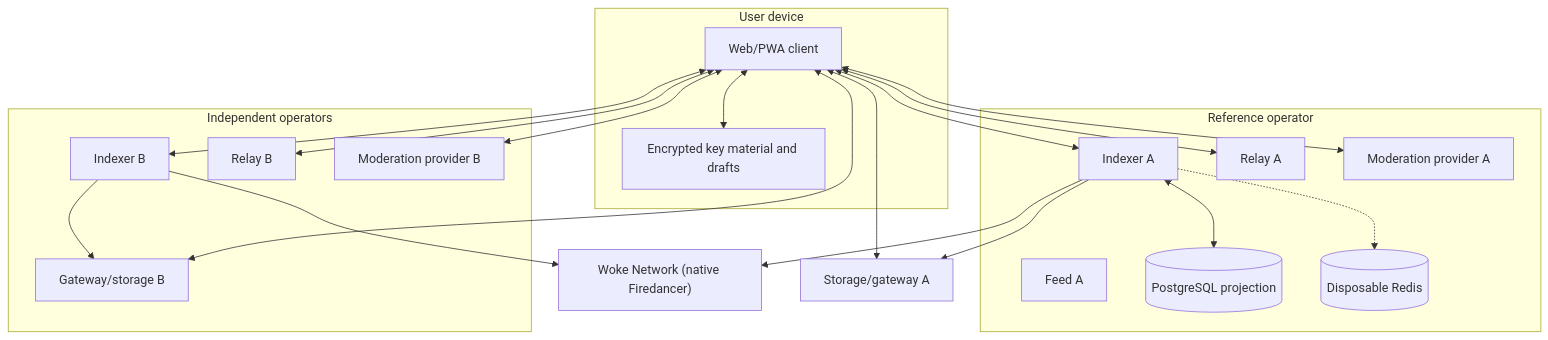
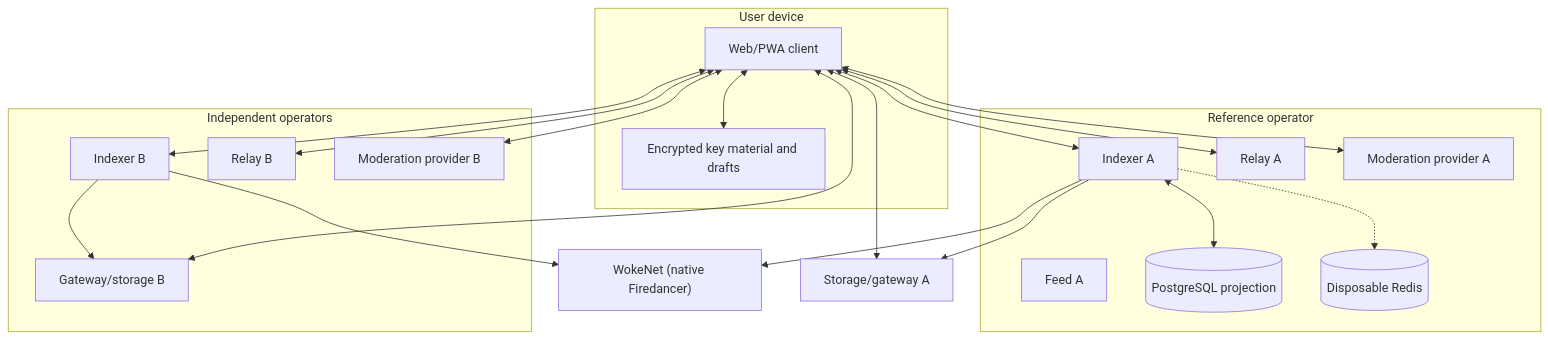
Before and after one commit to droolson/wetdrool: the sixth of 6 diagrams in docs/ARCHITECTURE.md, drawn with Mermaid. The commit also changed other lines of this file and 312 other files, not shown here.

Commit message:
feat: complete WokeSocial and WokeNet migration

````diff
--- a/docs/ARCHITECTURE.md
+++ b/docs/ARCHITECTURE.md
@@ -505,42 +505,42 @@
 ```mermaid
 flowchart TB
     subgraph UserDevice["User device"]
         Web["Web/PWA client"]
         LocalKeys["Encrypted key material and drafts"]
     end
 
     subgraph OperatorA["Reference operator"]
         IndexerA["Indexer A"]
         RelayA["Relay A"]
         FeedA["Feed A"]
         ModerationA["Moderation provider A"]
         PgA[("PostgreSQL projection")]
         RedisA[("Disposable Redis")]
     end
 
     subgraph Independent["Independent operators"]
         IndexerB["Indexer B"]
         RelayB["Relay B"]
         GatewayB["Gateway/storage B"]
         ModerationB["Moderation provider B"]
     end
 
-    Woke["Woke Network (native Firedancer)"]
+    WokeNet["WokeNet (native Firedancer)"]
     StorageA["Storage/gateway A"]
 
     Web <--> LocalKeys
     Web <--> IndexerA
     Web <--> IndexerB
     Web <--> RelayA
     Web <--> RelayB
     Web <--> ModerationA
     Web <--> ModerationB
     Web <--> StorageA
     Web <--> GatewayB
     IndexerA <--> PgA
     IndexerA -.-> RedisA
-    IndexerA --> Woke
-    IndexerB --> Woke
+    IndexerA --> WokeNet
+    IndexerB --> WokeNet
     IndexerA --> StorageA
     IndexerB --> GatewayB
 ```
````
